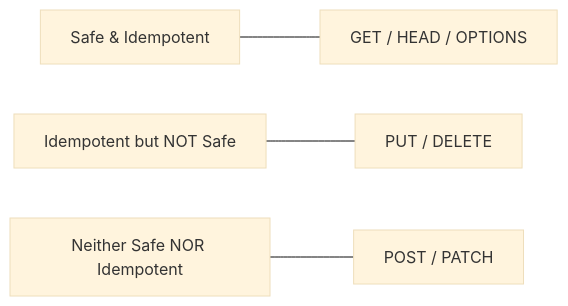
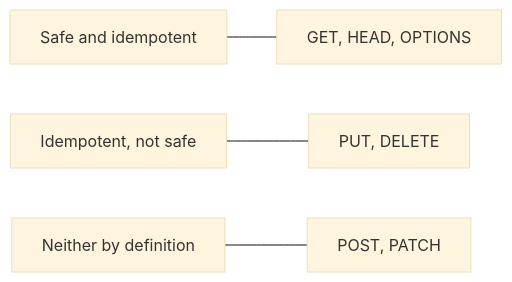
Before and after one commit to TheLearningHubOrg/learn-rest-api: the ninth of 18 diagrams in README.md, drawn with Mermaid (base theme). The commit also changed other lines of this file and 34 other files, not shown here.

````diff
--- a/README.md
+++ b/README.md
@@ -71,6 +858,6 @@
 ```mermaid
-graph LR
-    SAFE["Safe & Idempotent"] --- GET["GET / HEAD / OPTIONS"]
-    IDEMP["Idempotent but NOT Safe"] --- PUT_DEL["PUT / DELETE"]
-    NON_IDEMP["Neither Safe NOR Idempotent"] --- POST["POST / PATCH"]
+flowchart LR
+    SAFE["Safe and idempotent"] --- G["GET, HEAD, OPTIONS"]
+    IDEM["Idempotent, not safe"] --- PD["PUT, DELETE"]
+    NONE["Neither by definition"] --- PP["POST, PATCH"]
 ```
````
